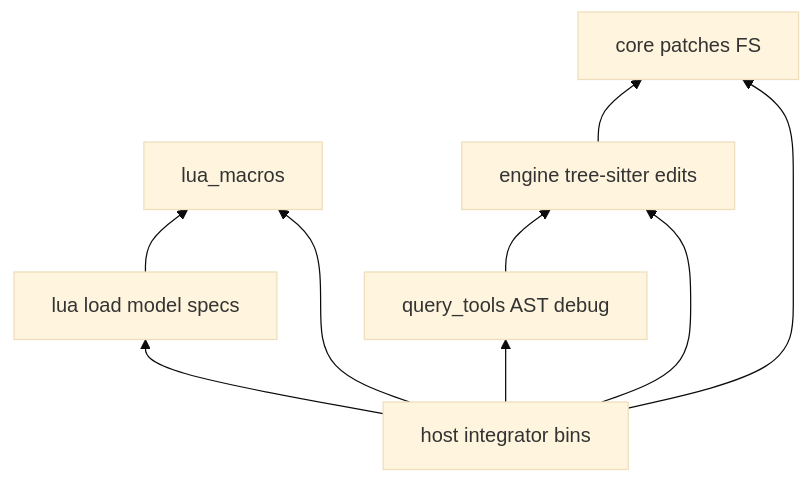
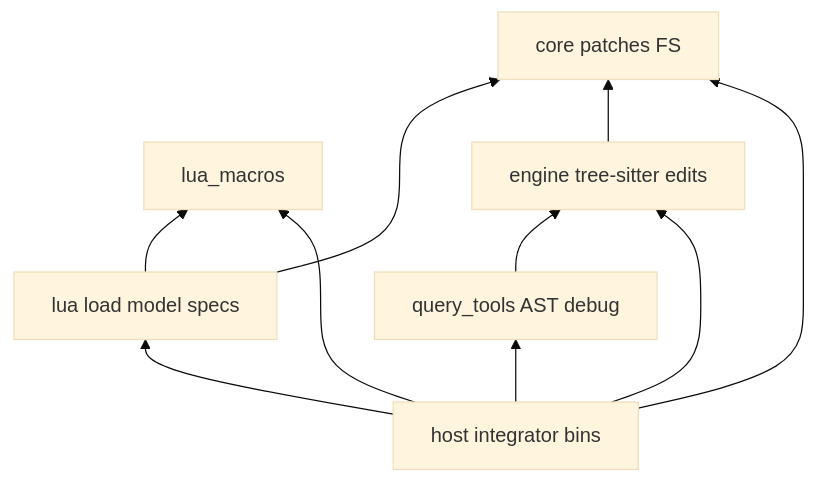
The first of 4 diagrams in docs/develop/05_dogfood/05_target_architecture.md (c4rl2s0n/CodemodRecipe), drawn with Mermaid (base theme) before and after one commit. The commit also changed other lines of this file and 87 other files, not shown here.

````diff
--- a/docs/develop/05_dogfood/05_target_architecture.md
+++ b/docs/develop/05_dogfood/05_target_architecture.md
@@ -20,17 +20,18 @@
 ```mermaid
 flowchart BT
   lua_macros["lua_macros"]
   core["core patches FS"]
   lua["lua load model specs"]
   engine["engine tree-sitter edits"]
   query_tools["query_tools AST debug"]
   host["host integrator bins"]
   lua --> lua_macros
+  lua --> core
   engine --> core
   query_tools --> engine
   host --> core
   host --> engine
   host --> lua
   host --> lua_macros
   host --> query_tools
 ```
````
